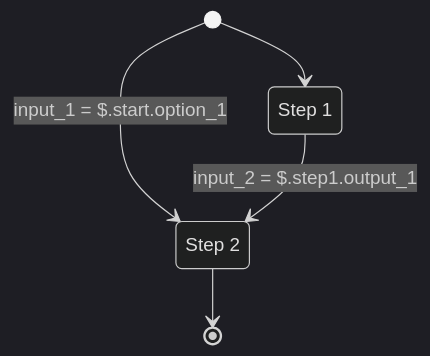
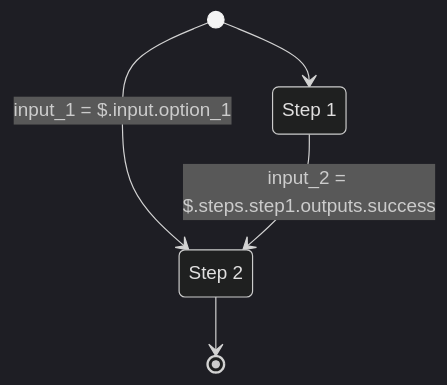
Before and after one commit to arcalot/arcalot.github.io: the seventh of 8 diagrams in docs/arcaflow/concepts/workflows.md, drawn with Mermaid (dark theme). The commit also changed other lines of this file and 46 other files, not shown here.

````diff
--- a/docs/arcaflow/concepts/workflows.md
+++ b/docs/arcaflow/concepts/workflows.md
@@ -107,9 +89,9 @@
 ```mermaid
 stateDiagram-v2
   Step1: Step 1
   Step2: Step 2
   [*] --> Step1
-  [*] --> Step2: input_1 = $.start.option_1
-  Step1 --> Step2: input_2 = $.step1.output_1
+  [*] --> Step2: input_1 = $.input.option_1
+  Step1 --> Step2: input_2 = $.steps.step1.outputs.success
   Step2 --> [*]
 ```
````
